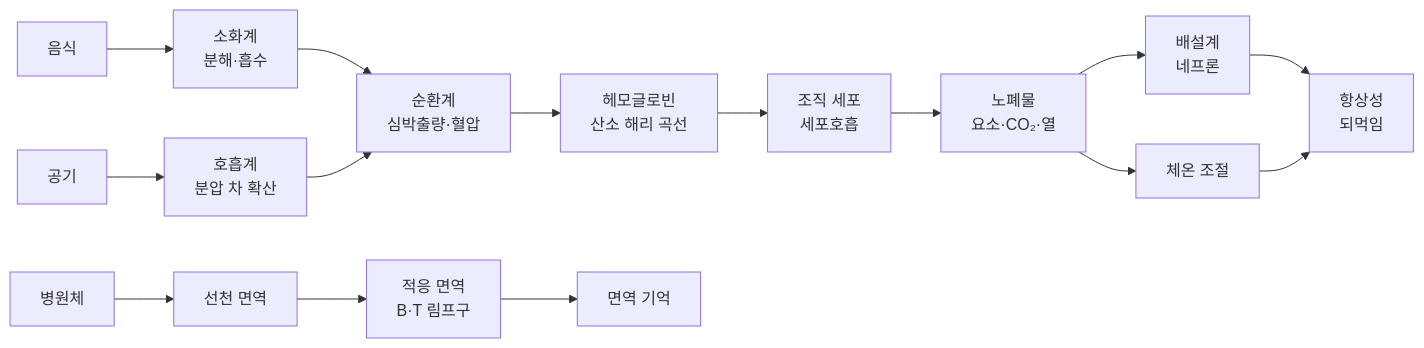
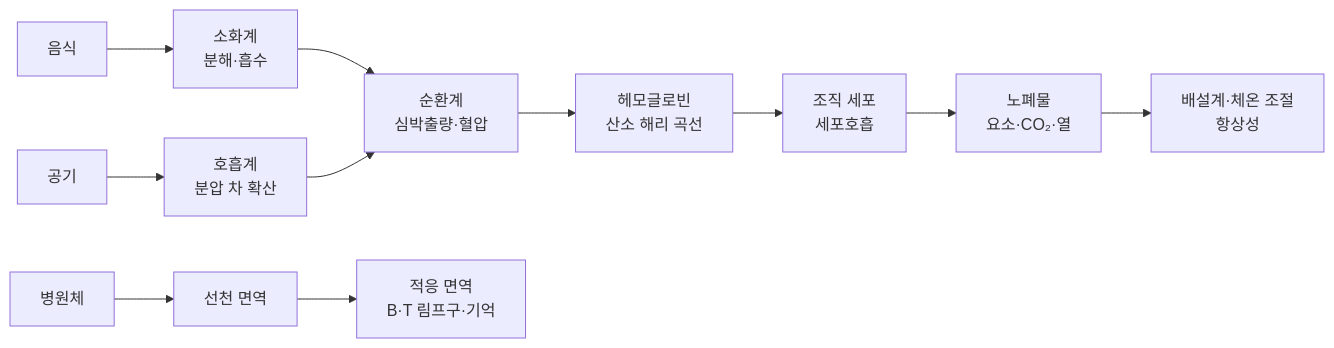
Before and after one commit to EricKOR1/sciencebook: the first of 4 diagrams in 대학_일반과학/일반생명과학/ubio-11_동물의_구조와_기능_Ⅰ.md, drawn with Mermaid. The commit also changed other lines of this file and 7 other files, not shown here.

````diff
--- a/대학_일반과학/일반생명과학/ubio-11_동물의_구조와_기능_Ⅰ.md
+++ b/대학_일반과학/일반생명과학/ubio-11_동물의_구조와_기능_Ⅰ.md
@@ -42,17 +42,13 @@
 ```mermaid
 flowchart LR
     F["음식"] --> D["소화계<br/>분해·흡수"]
     AIR["공기"] --> R["호흡계<br/>분압 차 확산"]
     D --> C["순환계<br/>심박출량·혈압"]
     R --> C
     C --> HB["헤모글로빈<br/>산소 해리 곡선"]
     HB --> T["조직 세포<br/>세포호흡"]
     T --> W["노폐물<br/>요소·CO₂·열"]
-    W --> K["배설계<br/>네프론"]
-    W --> TH["체온 조절"]
-    K --> H["항상성<br/>되먹임"]
-    TH --> H
+    W --> K["배설계·체온 조절<br/>항상성"]
     P["병원체"] --> I1["선천 면역"]
-    I1 --> I2["적응 면역<br/>B·T 림프구"]
-    I2 --> M["면역 기억"]
+    I1 --> I2["적응 면역<br/>B·T 림프구·기억"]
 ```
````
